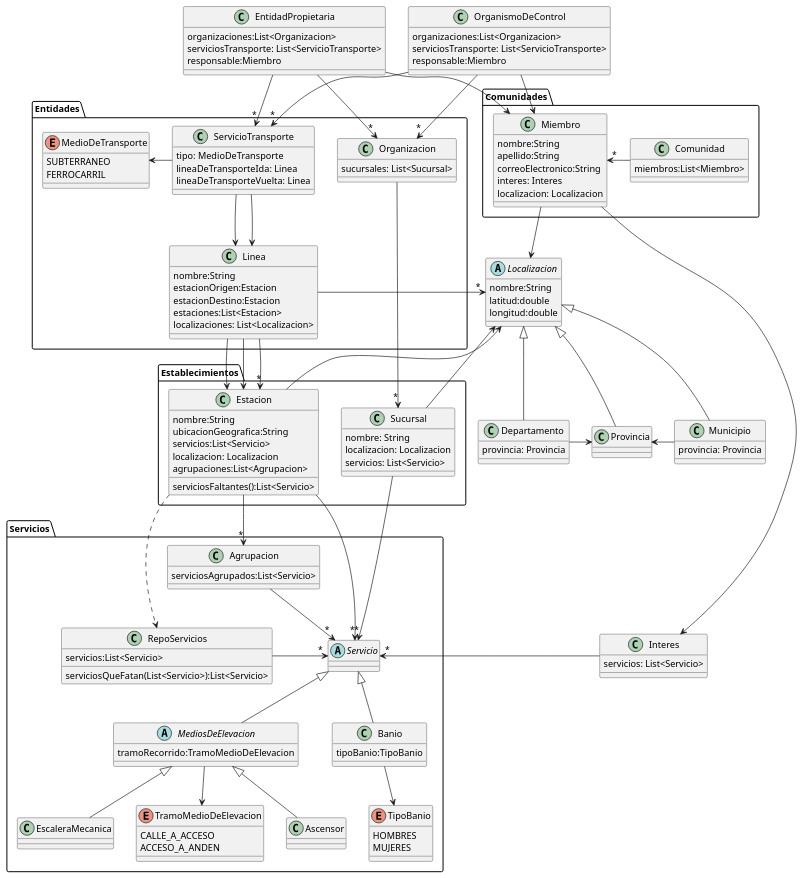
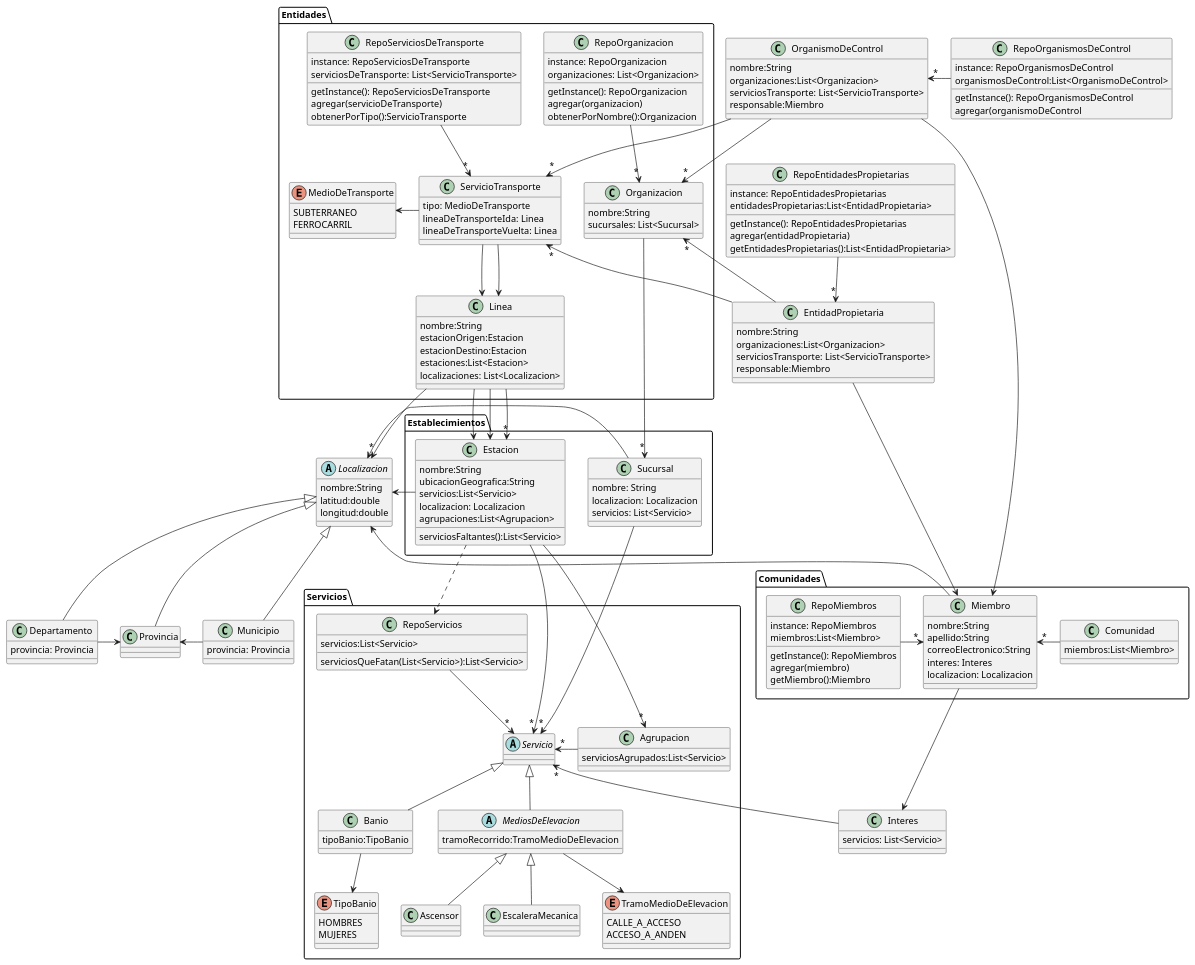
One commit to tomidandrea/TPA-DDS-2023 changed the diagram in Entrega-2/out/diagramaDeClases.puml. Above: the diagram before and after it, drawn with PlantUML. The commit also changed 1 other file, not shown here.

Commit message:
actualizo diagrama

```diff
--- a/Entrega-2/out/diagramaDeClases.puml
+++ b/Entrega-2/out/diagramaDeClases.puml
@@ -4,13 +4,30 @@
 package Entidades{
 
     class Organizacion{
+        nombre:String
         sucursales: List<Sucursal>
+    }
+
+    class RepoOrganizacion{
+        instance: RepoOrganizacion
+        organizaciones: List<Organizacion>
+        getInstance(): RepoOrganizacion
+        agregar(organizacion)
+        obtenerPorNombre():Organizacion
     }
 
     class ServicioTransporte{
         tipo: MedioDeTransporte
         lineaDeTransporteIda: Linea
         lineaDeTransporteVuelta: Linea
+    }
+
+    class RepoServiciosDeTransporte{
+        instance: RepoServiciosDeTransporte
+        serviciosDeTransporte: List<ServicioTransporte>
+        getInstance(): RepoServiciosDeTransporte
+        agregar(servicioDeTransporte)
+        obtenerPorTipo():ServicioTransporte
     }
 
     enum MedioDeTransporte{
@@ -29,6 +46,8 @@
     ServicioTransporte -left-> MedioDeTransporte
     ServicioTransporte --> Linea
     ServicioTransporte --> Linea
+    RepoOrganizacion -->"*" Organizacion
+    RepoServiciosDeTransporte -->"*" ServicioTransporte
 }
 
 package Establecimientos {
@@ -86,10 +105,10 @@
   }
 
 'Relaciones de servicios
-    RepoServicios -left->"*" Servicio
+    RepoServicios -->"*" Servicio
     Estacion -->"*" Servicio
     Estacion -->"*" Agrupacion
-    Agrupacion -->"*" Servicio
+    Agrupacion -right->"*" Servicio
     MediosDeElevacion -up-|> Servicio
     MediosDeElevacion --> TramoMedioDeElevacion
     Ascensor -up-|> MediosDeElevacion
@@ -109,19 +128,48 @@
         interes: Interes
         localizacion: Localizacion
     }
+
+    class RepoMiembros{
+        instance: RepoMiembros
+        miembros:List<Miembro>
+        getInstance(): RepoMiembros
+        agregar(miembro)
+        getMiembro():Miembro
+    }
+
+    RepoMiembros -right->"*" Miembro
     Comunidad -left->"*" Miembro
 }
 
 class EntidadPropietaria{
+    nombre:String
     organizaciones:List<Organizacion>
     serviciosTransporte: List<ServicioTransporte>
     responsable:Miembro
 }
 
+class RepoEntidadesPropietarias{
+    instance: RepoEntidadesPropietarias
+    entidadesPropietarias:List<EntidadPropietaria>
+
+    getInstance(): RepoEntidadesPropietarias
+    agregar(entidadPropietaria)
+    getEntidadesPropietarias():List<EntidadPropietaria>
+}
+
 class OrganismoDeControl{
+    nombre:String
     organizaciones:List<Organizacion>
     serviciosTransporte: List<ServicioTransporte>
     responsable:Miembro
+}
+
+class RepoOrganismosDeControl{
+    instance: RepoOrganismosDeControl
+    organismosDeControl:List<OrganismoDeControl>
+
+    getInstance(): RepoOrganismosDeControl
+    agregar(organismoDeControl
 }
 
 class Interes{
@@ -151,20 +199,23 @@
 Municipio-left->Provincia
 Departamento-right->Provincia
 
-Linea-left->"*"Localizacion
-Sucursal-->Localizacion
+Linea-right->"*"Localizacion
+Sucursal-right->Localizacion
 Sucursal-->"*"Servicio
 Estacion-->Localizacion
 
 Miembro-->Interes
-Interes-left->"*"Servicio
+Interes-up->"*"Servicio
 
-EntidadPropietaria-->"*"Organizacion
+EntidadPropietaria-up->"*"Organizacion
 EntidadPropietaria-->"*"ServicioTransporte
 EntidadPropietaria-down->Miembro
 OrganismoDeControl-->"*"Organizacion
 OrganismoDeControl-->"*"ServicioTransporte
 OrganismoDeControl-up->Miembro
+
+RepoEntidadesPropietarias-down->"*"EntidadPropietaria
+RepoOrganismosDeControl-left->"*"OrganismoDeControl
 
 Estacion..>RepoServicios
 Organizacion -->"*" Sucursal
```
